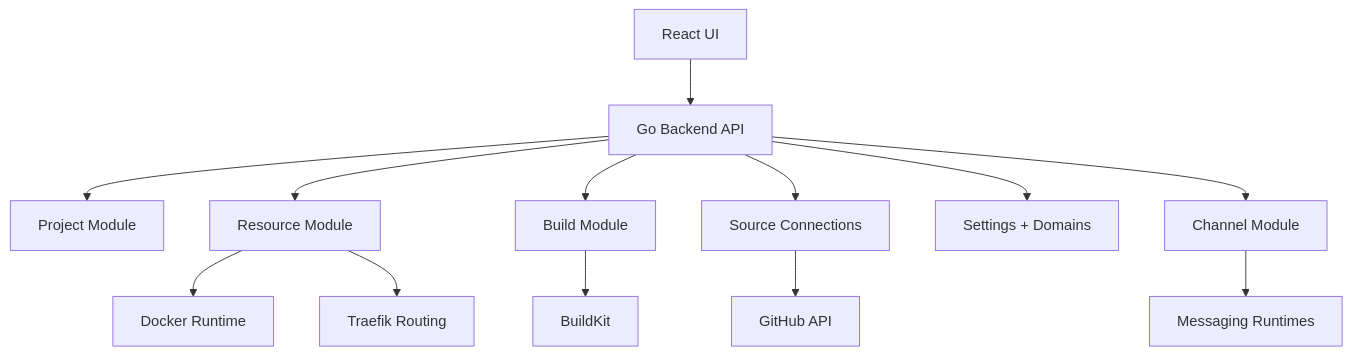
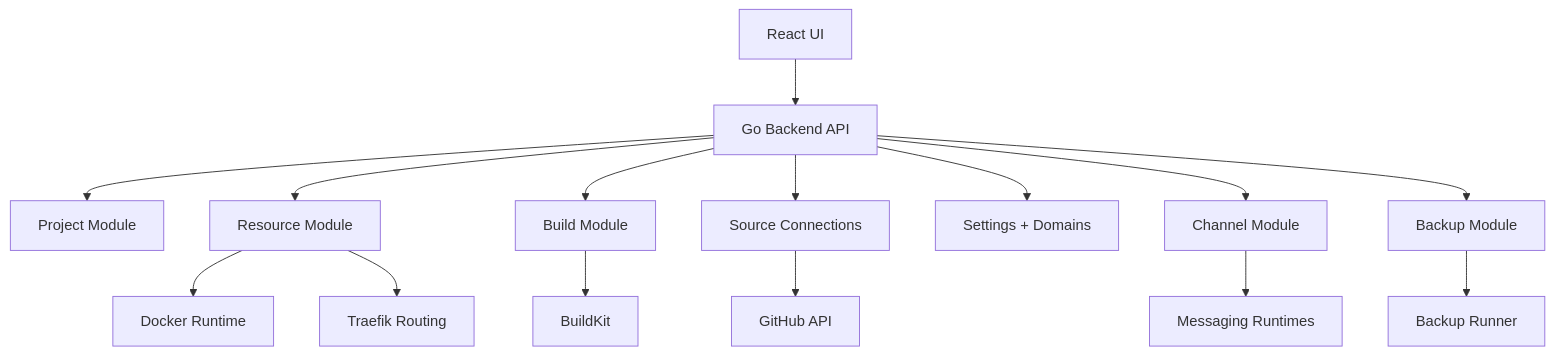
The first of 9 diagrams in roadmap/ARCHITECTURE.md (OpenViCloud/tango), drawn with Mermaid before and after one commit. The commit also changed other lines of this file and 63 other files, not shown here.

````diff
--- a/roadmap/ARCHITECTURE.md
+++ b/roadmap/ARCHITECTURE.md
@@ -11,15 +11,17 @@
 ```mermaid
 graph TD
     UI[React UI] --> API[Go Backend API]
     API --> PM[Project Module]
     API --> RM[Resource Module]
     API --> BM[Build Module]
     API --> SC[Source Connections]
     API --> ST[Settings + Domains]
     API --> CH[Channel Module]
+    API --> BKP[Backup Module]
     RM --> DR[Docker Runtime]
     RM --> TR[Traefik Routing]
     BM --> BK[BuildKit]
     SC --> GH[GitHub API]
     CH --> MS[Messaging Runtimes]
+    BKP --> BR[Backup Runner]
 ```
````
